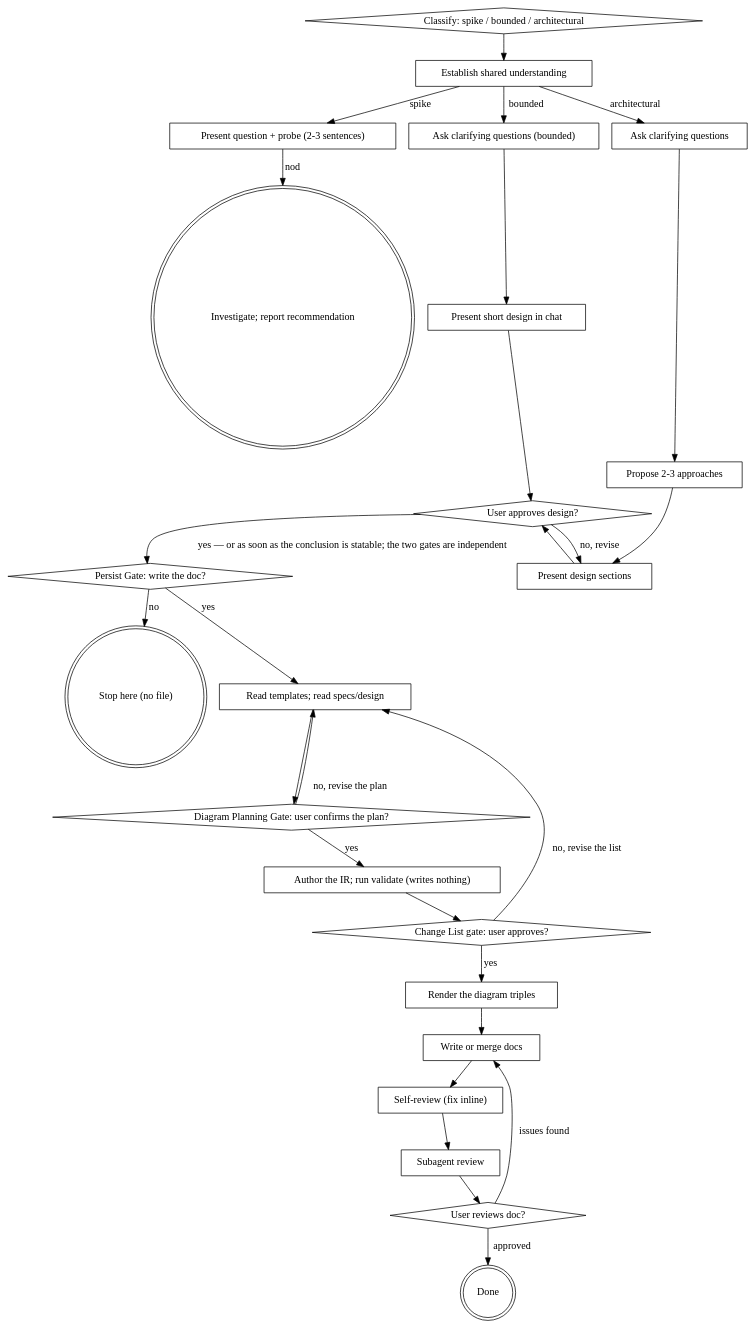
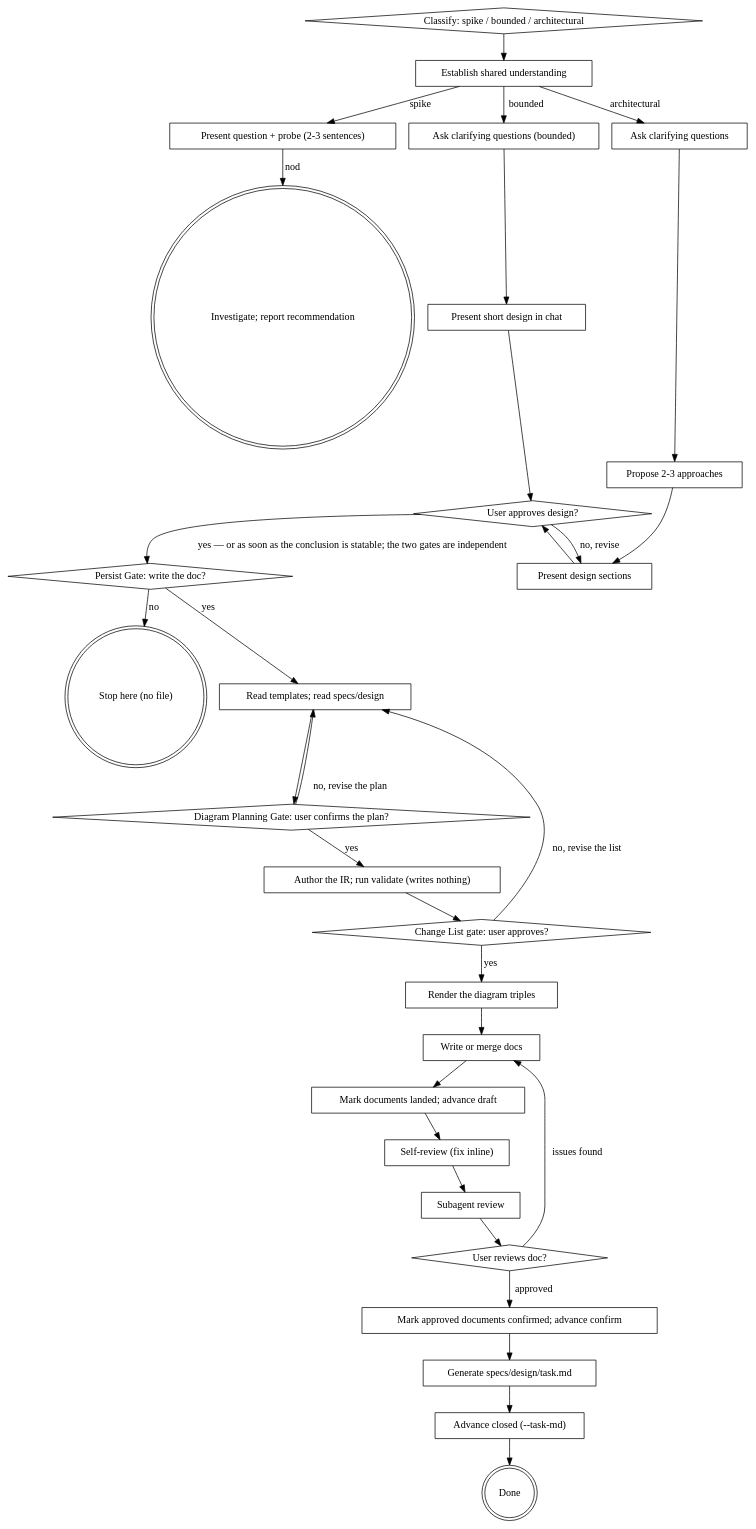
One commit to ZiyiXingYao/brainstorming-archify changed the diagram in skill/SKILL.md. Above: the diagram before and after it, drawn with Graphviz. The commit also changed other lines of this file and 5 other files, not shown here.

````diff
--- a/skill/SKILL.md
+++ b/skill/SKILL.md
@@ -240,53 +248,61 @@
 ```dot
 digraph brainstorming {
 "Classify: spike / bounded / architectural" [shape=diamond];
 "Establish shared understanding" [shape=box];
     "Present question + probe (2-3 sentences)" [shape=box];
     "Ask clarifying questions (bounded)" [shape=box];
     "Present short design in chat" [shape=box];
     "Ask clarifying questions" [shape=box];
     "Propose 2-3 approaches" [shape=box];
     "Present design sections" [shape=box];
     "User approves design?" [shape=diamond];
     "Investigate; report recommendation" [shape=doublecircle];
     "Persist Gate: write the doc?" [shape=diamond];
     "Stop here (no file)" [shape=doublecircle];
     "Read templates; read specs/design" [shape=box];
     "Diagram Planning Gate: user confirms the plan?" [shape=diamond];
     "Author the IR; run validate (writes nothing)" [shape=box];
     "Change List gate: user approves?" [shape=diamond];
     "Render the diagram triples" [shape=box];
     "Write or merge docs" [shape=box];
+    "Mark documents landed; advance draft" [shape=box];
     "Self-review (fix inline)" [shape=box];
     "Subagent review" [shape=box];
     "User reviews doc?" [shape=diamond];
+    "Mark approved documents confirmed; advance confirm" [shape=box];
+    "Generate specs/design/task.md" [shape=box];
+    "Advance closed (--task-md)" [shape=box];
     "Done" [shape=doublecircle];
 
 "Classify: spike / bounded / architectural" -> "Establish shared understanding";
 "Establish shared understanding" -> "Present question + probe (2-3 sentences)" [label="spike"];
 "Establish shared understanding" -> "Ask clarifying questions (bounded)" [label="bounded"];
 "Establish shared understanding" -> "Ask clarifying questions" [label="architectural"];
     "Present question + probe (2-3 sentences)" -> "Investigate; report recommendation" [label="nod"];
     "Ask clarifying questions (bounded)" -> "Present short design in chat";
     "Present short design in chat" -> "User approves design?";
     "Ask clarifying questions" -> "Propose 2-3 approaches";
     "Propose 2-3 approaches" -> "Present design sections";
     "Present design sections" -> "User approves design?";
     "User approves design?" -> "Present design sections" [label="no, revise"];
     "User approves design?" -> "Persist Gate: write the doc?" [label="yes — or as soon as the conclusion is statable; the two gates are independent"];
     "Persist Gate: write the doc?" -> "Stop here (no file)" [label="no"];
     "Persist Gate: write the doc?" -> "Read templates; read specs/design" [label="yes"];
     "Read templates; read specs/design" -> "Diagram Planning Gate: user confirms the plan?";
     "Diagram Planning Gate: user confirms the plan?" -> "Author the IR; run validate (writes nothing)" [label="yes"];
     "Diagram Planning Gate: user confirms the plan?" -> "Read templates; read specs/design" [label="no, revise the plan"];
     "Author the IR; run validate (writes nothing)" -> "Change List gate: user approves?";
     "Change List gate: user approves?" -> "Render the diagram triples" [label="yes"];
     "Change List gate: user approves?" -> "Read templates; read specs/design" [label="no, revise the list"];
     "Render the diagram triples" -> "Write or merge docs";
-    "Write or merge docs" -> "Self-review (fix inline)";
+    "Write or merge docs" -> "Mark documents landed; advance draft";
+    "Mark documents landed; advance draft" -> "Self-review (fix inline)";
     "Self-review (fix inline)" -> "Subagent review";
     "Subagent review" -> "User reviews doc?";
     "User reviews doc?" -> "Write or merge docs" [label="issues found"];
-    "User reviews doc?" -> "Done" [label="approved"];
+    "User reviews doc?" -> "Mark approved documents confirmed; advance confirm" [label="approved"];
+    "Mark approved documents confirmed; advance confirm" -> "Generate specs/design/task.md";
+    "Generate specs/design/task.md" -> "Advance closed (--task-md)";
+    "Advance closed (--task-md)" -> "Done";
 }
 ```
````
